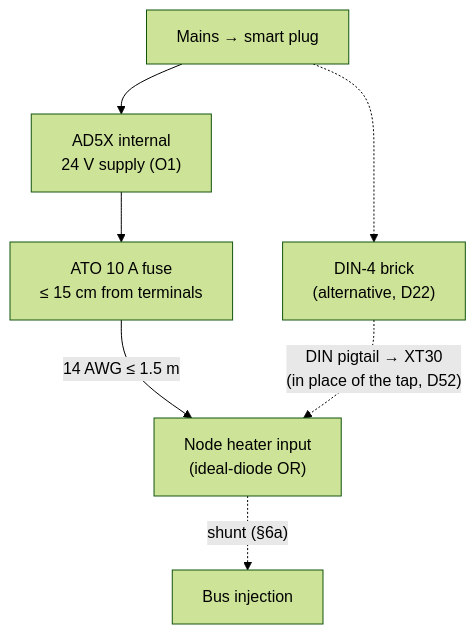
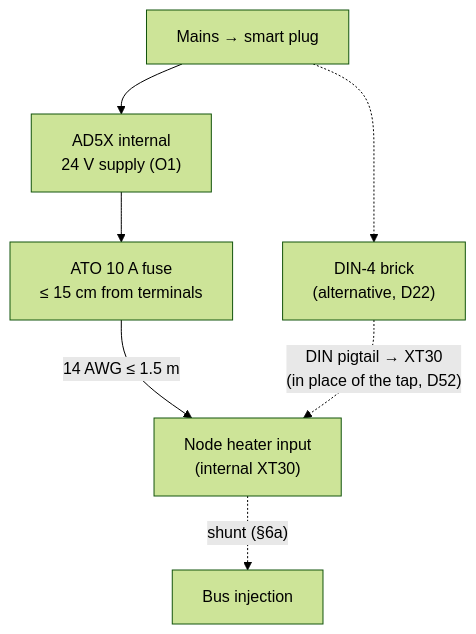
The second of 3 diagrams in docs/04_wiring_and_pinouts.md (BashfulBits/3dp-fleet-exhaust), drawn with Mermaid (forest theme) before and after one commit. The commit also changed other lines of this file and 11 other files, not shown here.

First line of the commit message:
D64: one heater input and a learned supply cap

````diff
--- a/docs/04_wiring_and_pinouts.md
+++ b/docs/04_wiring_and_pinouts.md
@@ -22,9 +22,9 @@
 ```mermaid
 flowchart TB
   SP["Mains → smart plug"] --> AD["AD5X internal<br>24 V supply (O1)"]
   AD --> FU["ATO 10 A fuse<br>≤ 15 cm from terminals"]
-  FU -->|"14 AWG ≤ 1.5 m"| N["Node heater input<br>(ideal-diode OR)"]
+  FU -->|"14 AWG ≤ 1.5 m"| N["Node heater input<br>(internal XT30)"]
   SP -.-> BRK["DIN-4 brick<br>(alternative, D22)"]
   BRK -.->|"DIN pigtail → XT30<br>(in place of the tap, D52)"| N
   N -.->|"shunt (§6a)"| BUS["Bus injection"]
 ```
````
